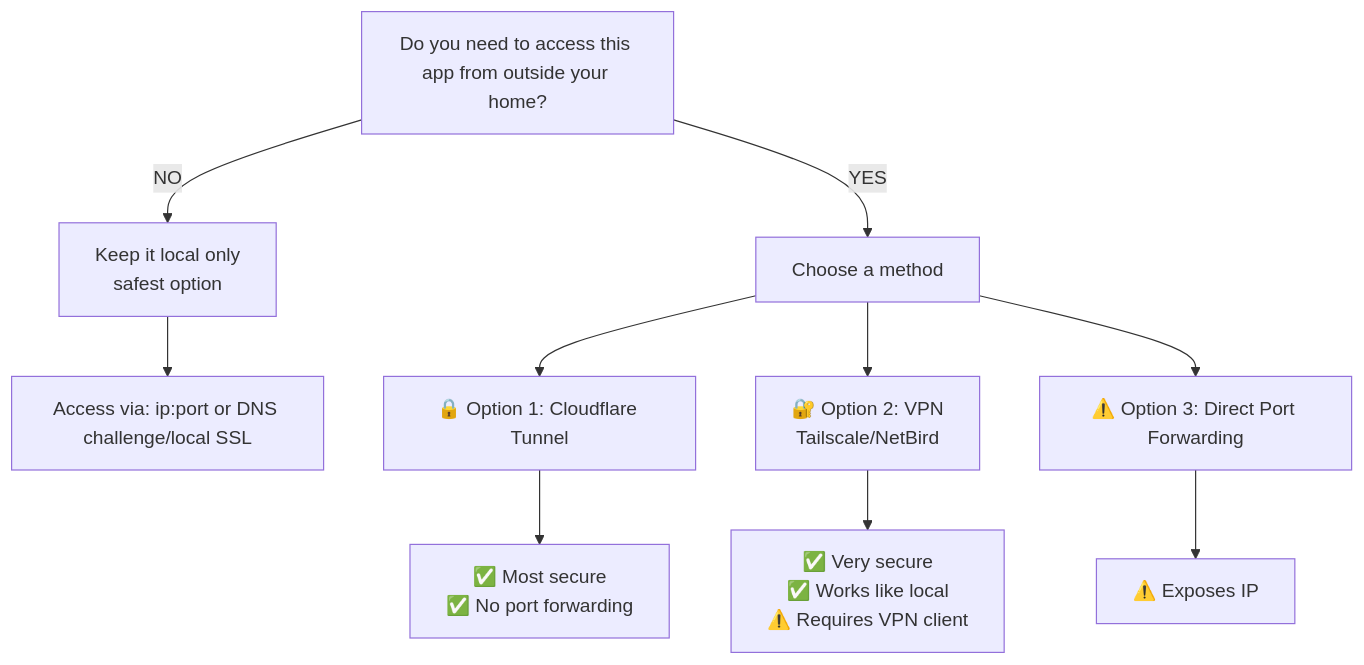
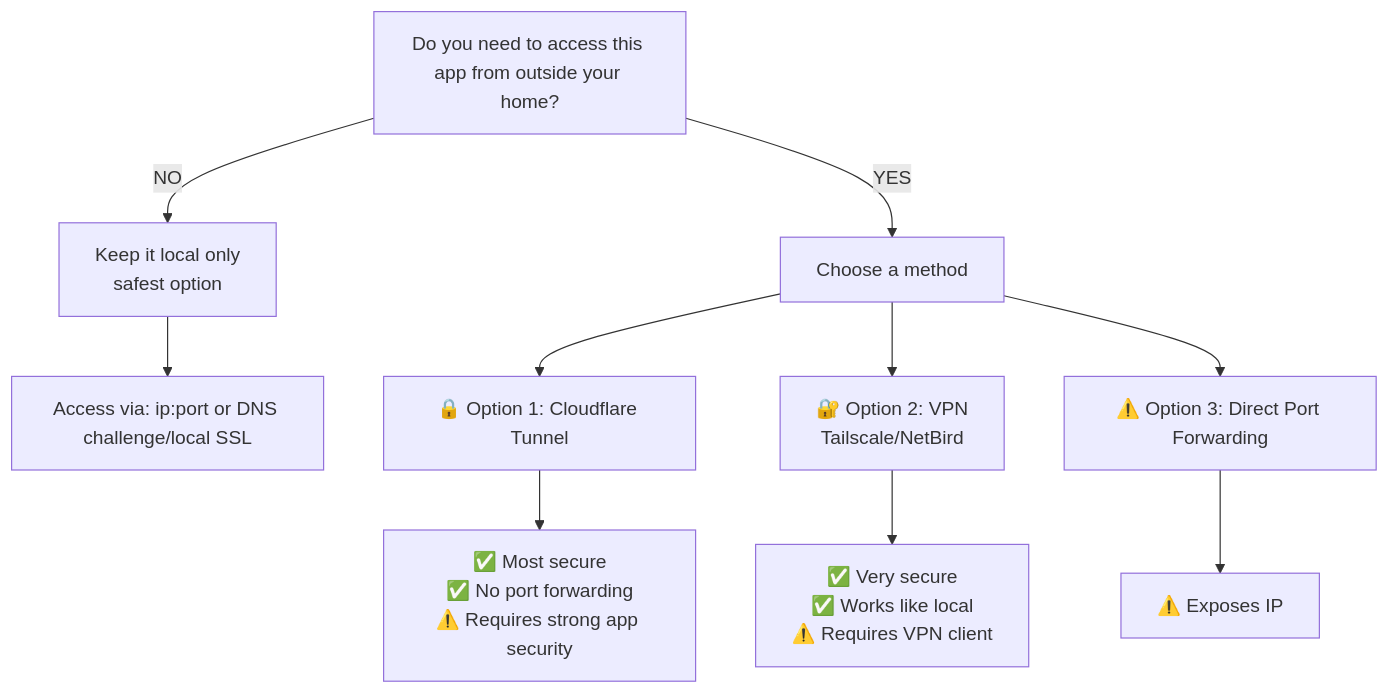
The diagram in src/content/docs/learn/reverse-proxy.mdx (runtipi/runtipi-docs), drawn with Mermaid before and after one commit. The commit also changed other lines of this file and 46 other files, not shown here.

````diff
--- a/src/content/docs/learn/reverse-proxy.mdx
+++ b/src/content/docs/learn/reverse-proxy.mdx
@@ -92,18 +92,18 @@
 ```mermaid
 graph TD
     A["Do you need to access this app from outside your home?"]
 
     A -->|NO| B["Keep it local only<br/>safest option"]
     B --> B1["Access via: ip:port or DNS challenge/local SSL"]
 
     A -->|YES| C["Choose a method"]
 
     C --> D["🔒 Option 1: Cloudflare Tunnel"]
-    D --> D1["✅ Most secure<br/>✅ No port forwarding"]
+    D --> D1["✅ Most secure<br/>✅ No port forwarding<br />⚠️ Requires strong app security"]
 
     C --> E["🔐 Option 2: VPN<br/>Tailscale/NetBird"]
     E --> E1["✅ Very secure<br/>✅ Works like local<br/>⚠️ Requires VPN client"]
 
     C --> F["⚠️ Option 3: Direct Port Forwarding"]
     F --> F1["⚠️ Exposes IP<br/>"]
 ```
````
